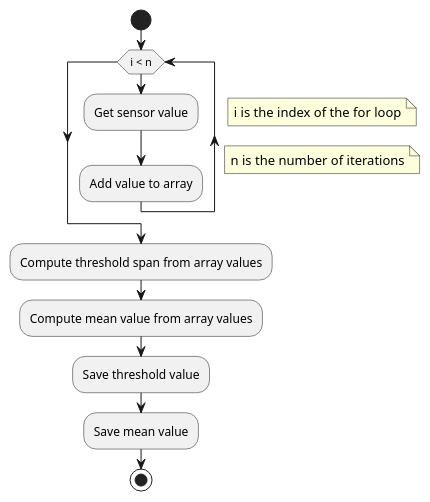
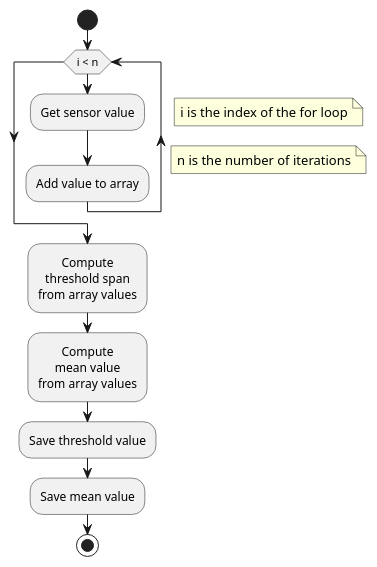
Before and after one commit to rantonet/raspiscope-python: the diagram in diagrams/cuvetteSensor/calibration.plantuml, drawn with PlantUML. The commit also changed 8 other files, not shown here.

```diff
--- a/diagrams/cuvetteSensor/calibration.plantuml
+++ b/diagrams/cuvetteSensor/calibration.plantuml
@@ -1,14 +1,17 @@
 @startuml Cuvette Sensor Calibration
+<style>
+element{ HorizontalAlignment:center; }
+</style>
 start
 while (i < n)
     floating note right: i is the index of the for loop
     floating note right: n is the number of iterations
     :Get sensor value;
     :Add value to array;
 endwhile
-:Compute threshold span from array values;
-:Compute mean value from array values;
+:Compute\nthreshold span\nfrom array values;
+:Compute\nmean value\nfrom array values;
 :Save threshold value;
 :Save mean value;
 stop
 @enduml
```
